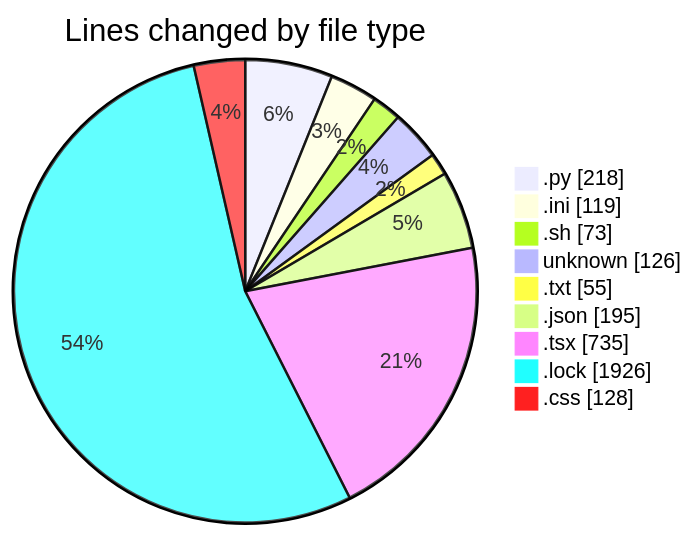
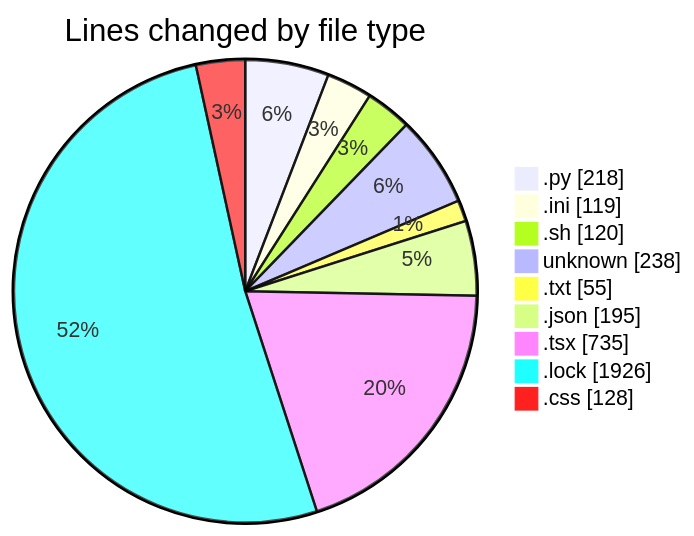
The first of 2 diagrams in 2025-05-12/niten/README.md (Elitesun/code-tracking), drawn with Mermaid before and after one commit. The commit also changed other lines of this file and 1 other file, not shown here.

````diff
--- a/2025-05-12/niten/README.md
+++ b/2025-05-12/niten/README.md
@@ -34,13 +34,13 @@
 ```mermaid
 pie showData
 title Lines changed by file type
 ".py" : 218
 ".ini" : 119
-".sh" : 73
-"unknown" : 126
+".sh" : 120
+"unknown" : 238
 ".txt" : 55
 ".json" : 195
 ".tsx" : 735
 ".lock" : 1926
 ".css" : 128
 ```
````
